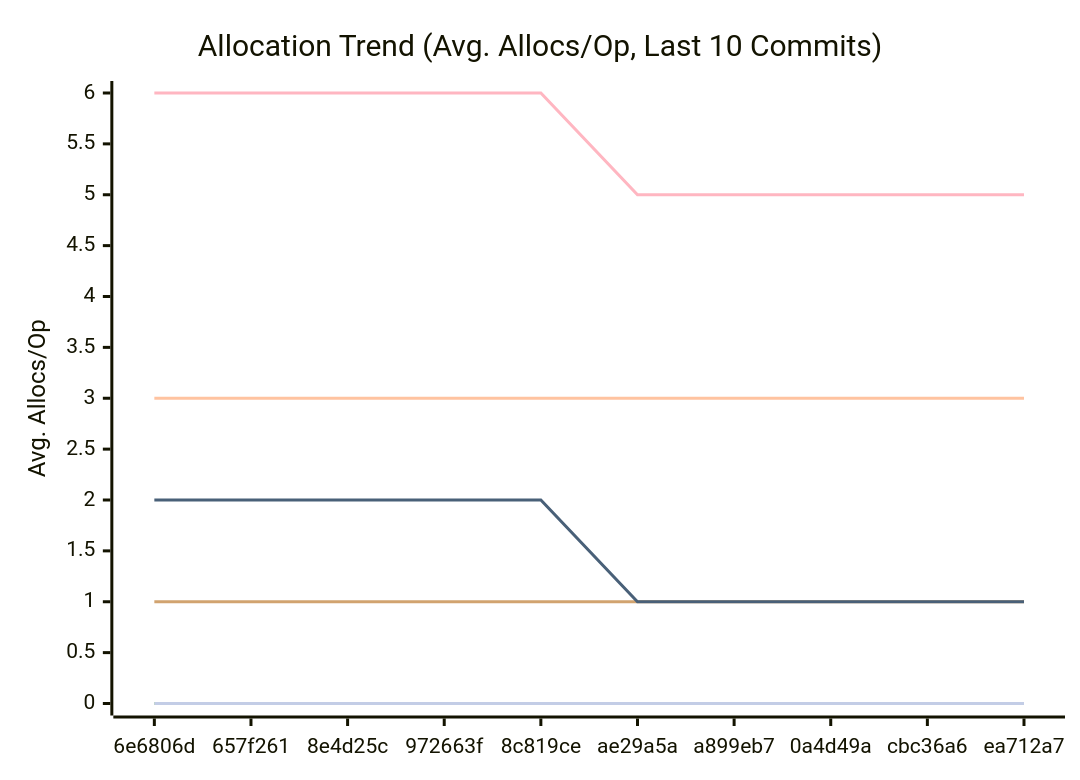
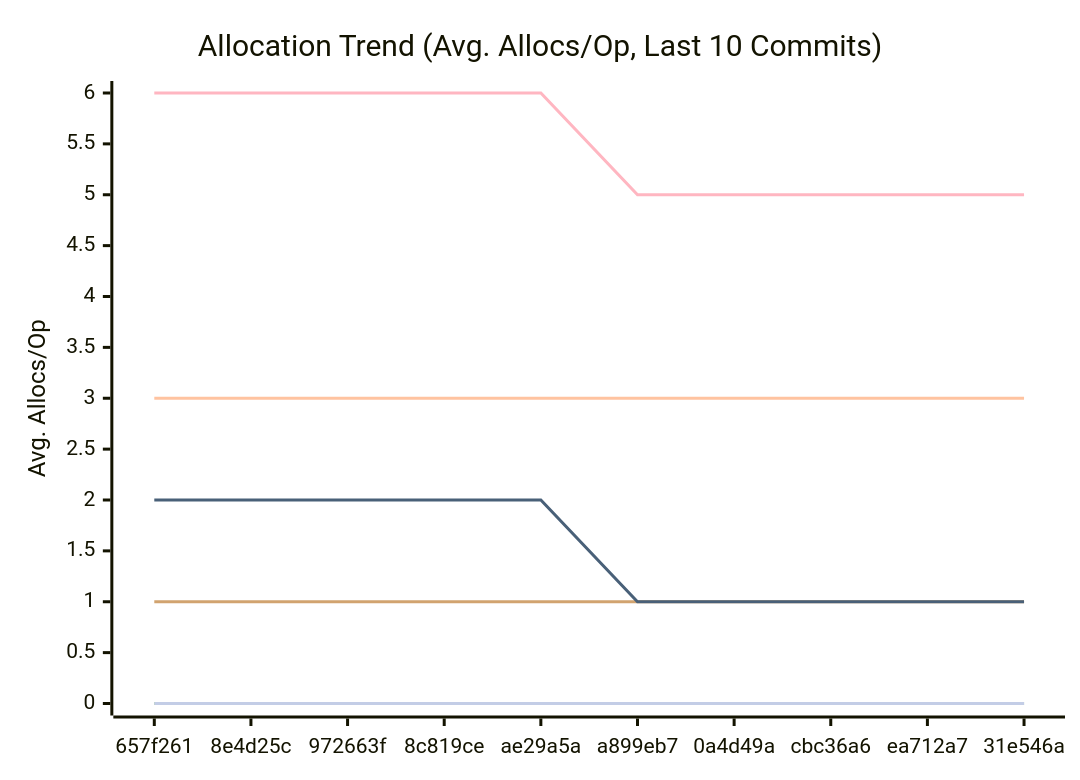
The third of 3 diagrams in docs/PERFORMANCE.md (alsotoes/momo), drawn with Mermaid before and after one commit. The commit also changed other lines of this file and 24 other files, not shown here.

````diff
--- a/docs/PERFORMANCE.md
+++ b/docs/PERFORMANCE.md
@@ -114,16 +114,16 @@
 ```mermaid
 xychart-beta
     title "Allocation Trend (Avg. Allocs/Op, Last 10 Commits)"
     x-axis "Commit"
     y-axis "Avg. Allocs/Op"
-    x-axis [6e6806d,657f261,8e4d25c,972663f,8c819ce,ae29a5a,a899eb7,0a4d49a,cbc36a6,ea712a7]
+    x-axis [657f261,8e4d25c,972663f,8c819ce,ae29a5a,a899eb7,0a4d49a,cbc36a6,ea712a7,31e546a]
     line "CheckMetricsAndSwap" [0,0,0,0,0,0,0,0,0,0]
     line "CrushOptimized" [0,0,0,0,0,0,0,0,0,0]
     line "CrushOriginal" [3,3,3,3,3,3,3,3,3,3]
     line "IndexDirectTracking" [0,0,0,0,0,0,0,0,0,0]
     line "IndexSearch" [0,0,0,0,0,0,0,0,0,0]
     line "LoadGlobalConfig" [1,1,1,1,1,1,1,1,1,1]
     line "PadString" [0,0,0,0,0,0,0,0,0,0]
     line "ParseReplicationOrder_NoPrealloc" [6,6,6,6,6,5,5,5,5,5]
     line "ParseReplicationOrder_Prealloc" [2,2,2,2,2,1,1,1,1,1]
 ```
````
